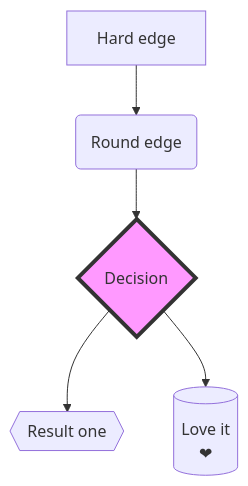
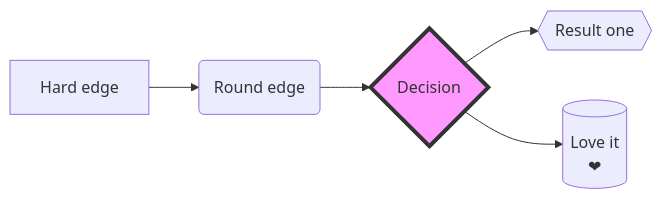
The first of 2 diagrams in 7_16_24.qmd (jtkulas/LiveStreams), drawn with Mermaid before and after one commit. The commit also changed other lines of this file and 80 other files, not shown here.

````diff
--- a/7_16_24.qmd
+++ b/7_16_24.qmd
@@ -232,16 +232,16 @@
 ```{mermaid}
 %%| echo: true
 %%| output-location: column-fragment
 %%| classes: custom7030
 
 %% Mermaid:
 
-flowchart TD
+flowchart LR
   A[Hard edge] --> B(Round edge)                                       
   B --> C{Decision}                                                    
   C --> D{{Result one}}
   C --> E[("Love it <br/> #10084;")]
 
   style C fill:#f9f,stroke:#333,stroke-width:4px
 
 ```
````
